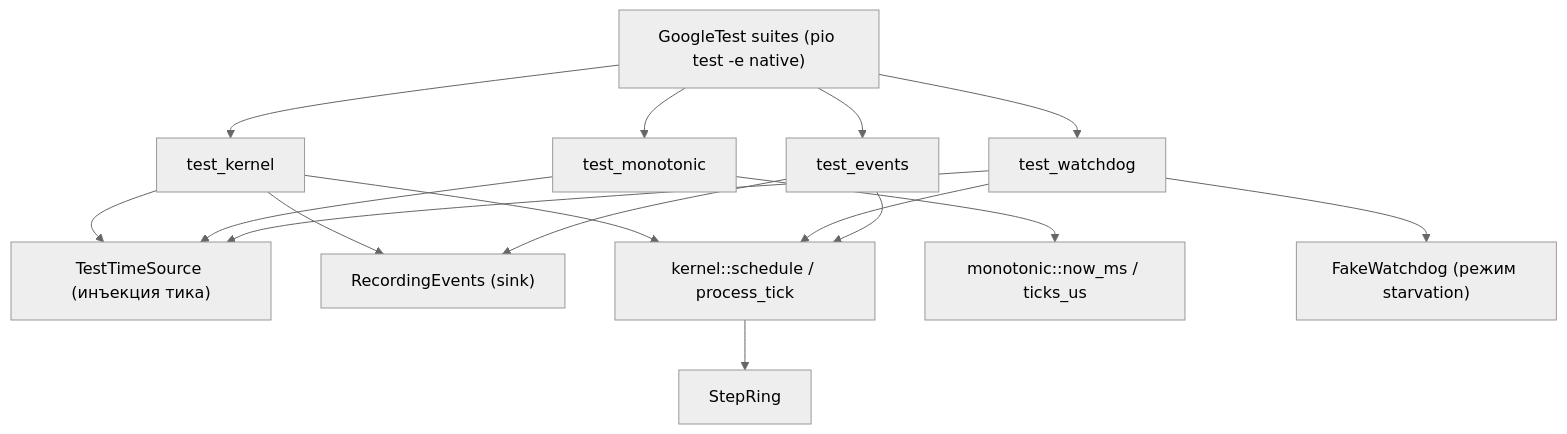
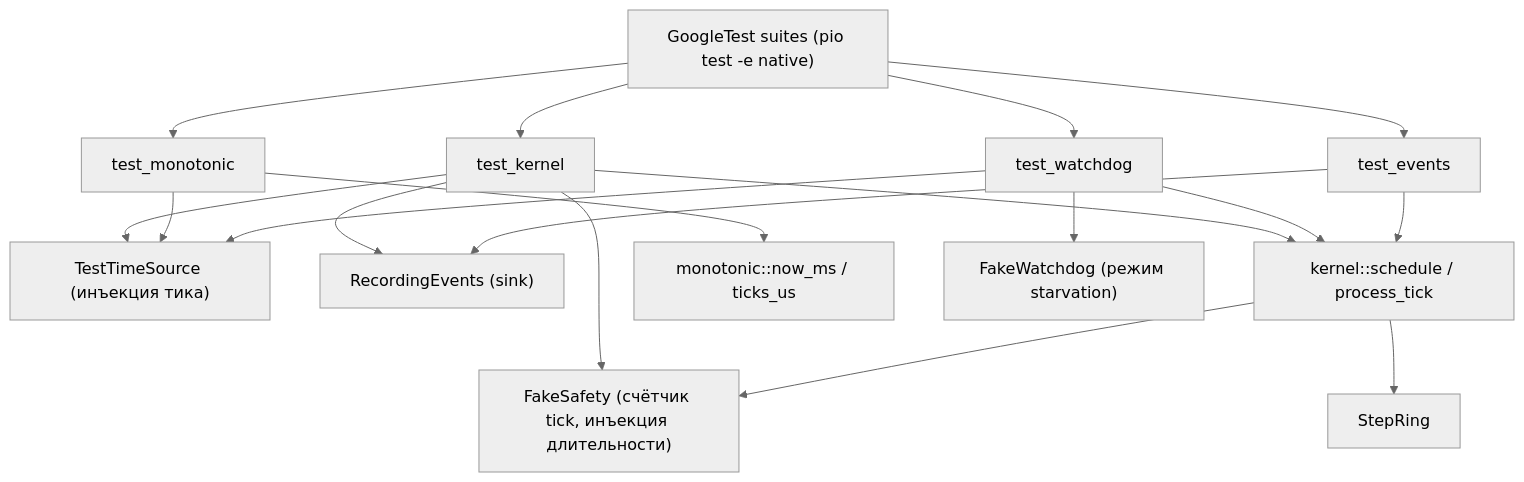
One commit to Driadix/ShuttleControllerV3 changed the third of 3 diagrams in docs/execution-foundation-design-v3.md. Above: the diagram before and after it, drawn with Mermaid (neutral theme). The commit also changed other lines of this file, not shown here.

Commit message:
docs(design): mandatory safety boundary outside FIFO (INV-SENSING-FRESH, T_check_jitter/T_arb) (#85)

````diff
--- a/docs/execution-foundation-design-v3.md
+++ b/docs/execution-foundation-design-v3.md
@@ -441,18 +480,20 @@
 ```mermaid
 flowchart TD
     G["GoogleTest suites (pio test -e native)"] --> K["test_kernel"]
     G --> M["test_monotonic"]
     G --> W["test_watchdog"]
     G --> E["test_events"]
     K --> TS["TestTimeSource (инъекция тика)"]
     K --> RS["RecordingEvents (sink)"]
+    K --> FS["FakeSafety (счётчик tick, инъекция длительности)"]
     K --> KS["kernel::schedule / process_tick"]
     KS --> RING["StepRing"]
+    KS --> FS
     M --> TS
     M --> MONO["monotonic::now_ms / ticks_us"]
     W --> TS
     W --> FW["FakeWatchdog (режим starvation)"]
     W --> KS
     E --> RS
     E --> KS
 ```
````
